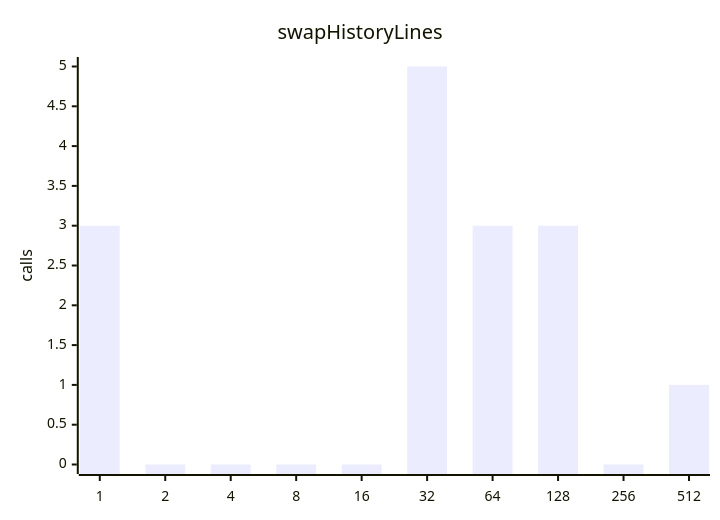
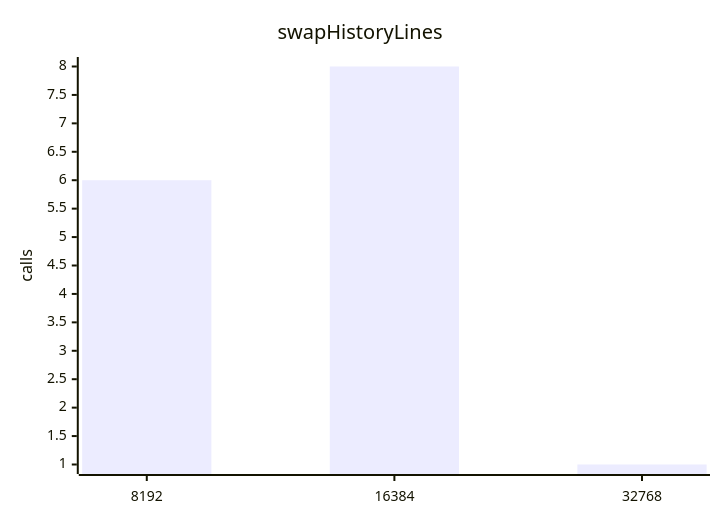
The fourth of 10 diagrams in benchmark/control-report.md (jrengmusic/eve), drawn with Mermaid before and after one commit. The commit also changed other lines of this file and 37 other files, not shown here.

````diff
--- a/benchmark/control-report.md
+++ b/benchmark/control-report.md
@@ -1459,7 +1459,7 @@
 ```mermaid
 xychart-beta
 title "swapHistoryLines"
-x-axis ["1", "2", "4", "8", "16", "32", "64", "128", "256", "512"]
+x-axis ["8192", "16384", "32768"]
 y-axis "calls"
-bar [3.00000000000000000, 0.00000000000000000, 0.00000000000000000, 0.00000000000000000, 0.00000000000000000, 5.00000000000000000, 3.00000000000000000, 3.00000000000000000, 0.00000000000000000, 1.00000000000000000]
+bar [6.00000000000000000, 8.00000000000000000, 1.00000000000000000]
 ```
````
